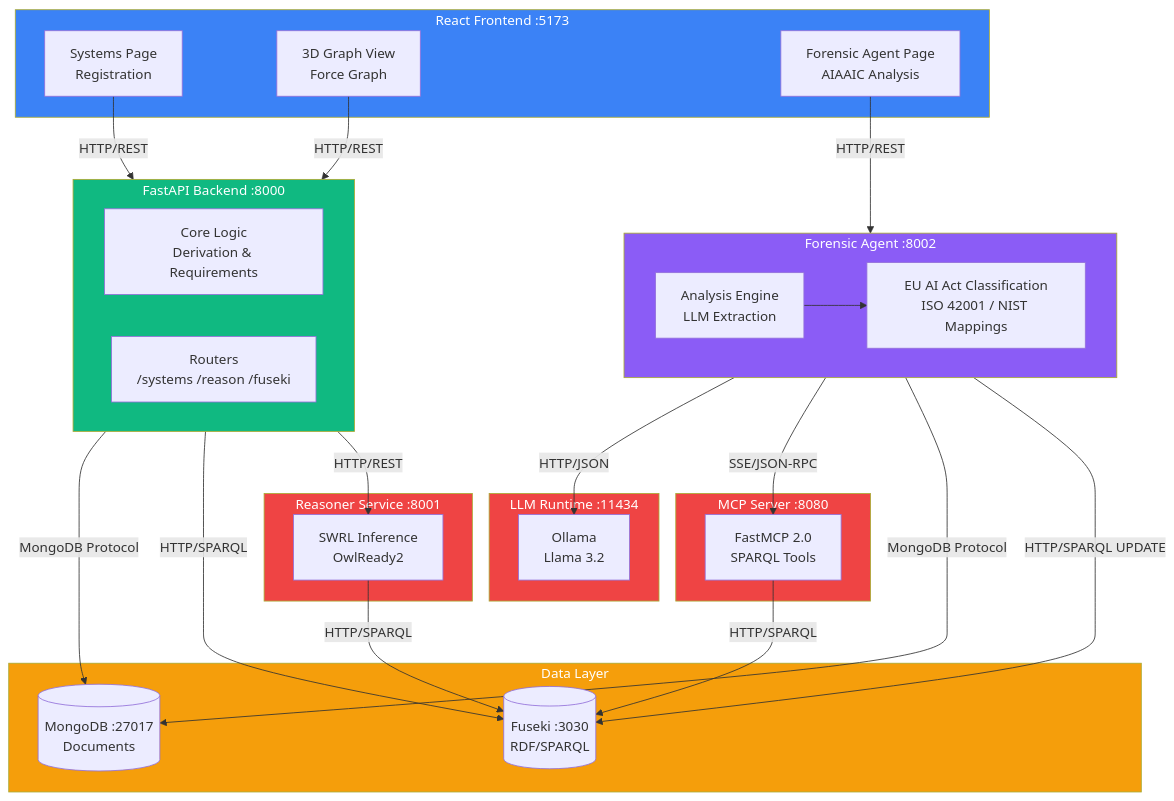
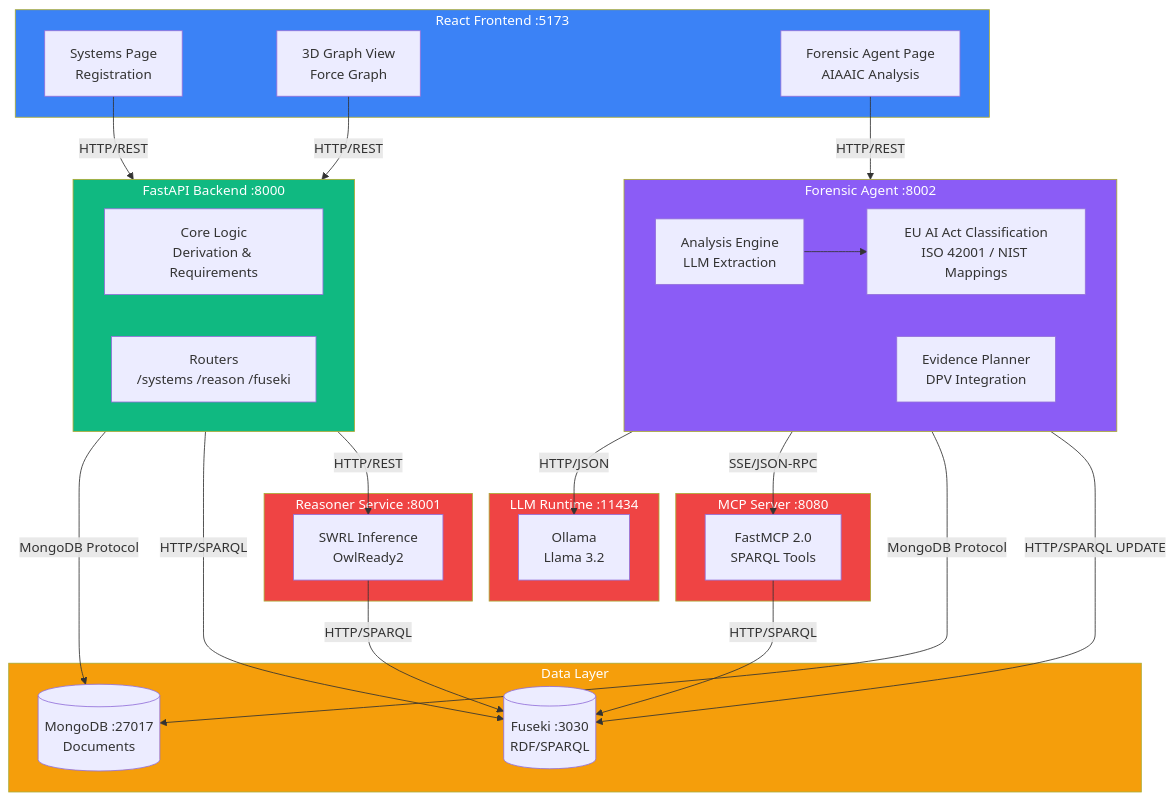
One commit to cartesiosson/ai_act_project changed the first of 2 diagrams in README.md. Above: the diagram before and after it, drawn with Mermaid. The commit also changed other lines of this file and 5 other files, not shown here.

````diff
--- a/README.md
+++ b/README.md
@@ -84,56 +89,57 @@
 ```mermaid
 flowchart TB
     subgraph Frontend["React Frontend :5173"]
         SP[Systems Page<br/>Registration]
         GV[3D Graph View<br/>Force Graph]
         FA[Forensic Agent Page<br/>AIAAIC Analysis]
     end
 
     subgraph Backend["FastAPI Backend :8000"]
         CL[Core Logic<br/>Derivation & Requirements]
         RT[Routers<br/>/systems /reason /fuseki]
     end
 
     subgraph Forensic["Forensic Agent :8002"]
         AE[Analysis Engine<br/>LLM Extraction]
         CL2[EU AI Act Classification<br/>ISO 42001 / NIST Mappings]
+        EP[Evidence Planner<br/>DPV Integration]
     end
 
     subgraph Data["Data Layer"]
         MG[(MongoDB :27017<br/>Documents)]
         FK[(Fuseki :3030<br/>RDF/SPARQL)]
     end
 
     subgraph Reasoner["Reasoner Service :8001"]
         RS[SWRL Inference<br/>OwlReady2]
     end
 
     subgraph MCPServer["MCP Server :8080"]
         MCP[FastMCP 2.0<br/>SPARQL Tools]
     end
 
     subgraph LLM["LLM Runtime :11434"]
         OL[Ollama<br/>Llama 3.2]
     end
 
     SP & GV -->|HTTP/REST| Backend
     FA -->|HTTP/REST| Forensic
     Backend -->|MongoDB Protocol| MG
     Backend -->|HTTP/SPARQL| FK
     Backend -->|HTTP/REST| RS
     RS -->|HTTP/SPARQL| FK
     Forensic -->|HTTP/JSON| OL
     Forensic -->|SSE/JSON-RPC| MCP
     MCP -->|HTTP/SPARQL| FK
     Forensic -->|MongoDB Protocol| MG
     Forensic -->|HTTP/SPARQL UPDATE| FK
     AE --> CL2
 
     style Frontend fill:#3b82f6,color:#fff
     style Backend fill:#10b981,color:#fff
     style Forensic fill:#8b5cf6,color:#fff
     style Data fill:#f59e0b,color:#fff
     style Reasoner fill:#ef4444,color:#fff
     style MCPServer fill:#ef4444,color:#fff
     style LLM fill:#ef4444,color:#fff
 ```
````
